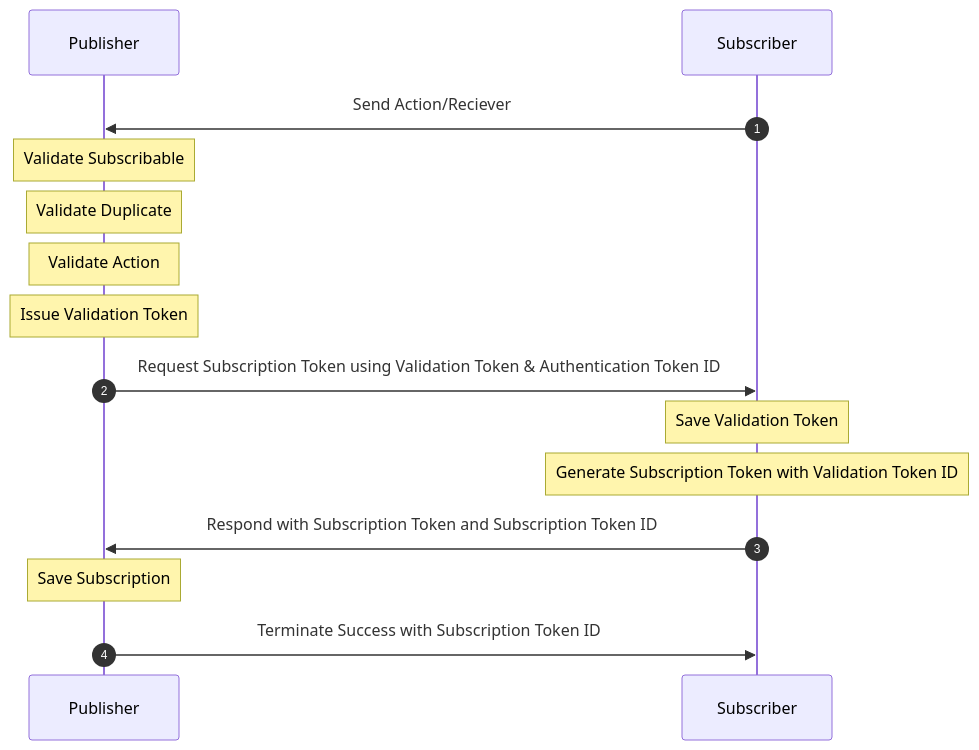
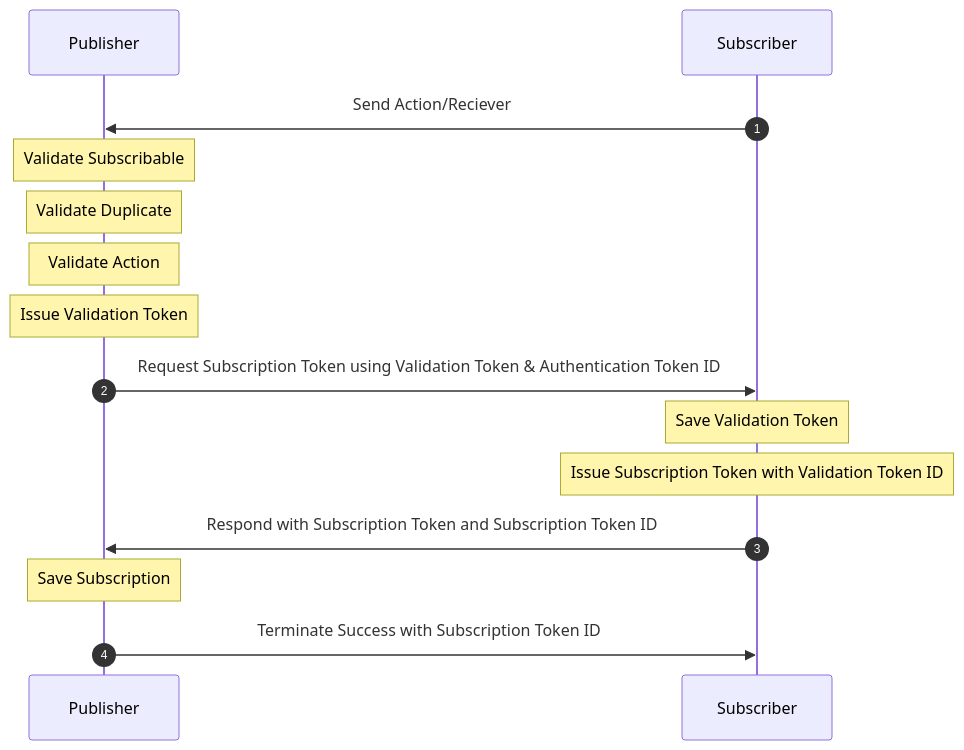
One commit to nathan-fiscaletti/coattail changed the diagram in docs/subscription.md. Above: the diagram before and after it, drawn with Mermaid. The commit also changed 10 other files, not shown here.

````diff
--- a/docs/subscription.md
+++ b/docs/subscription.md
@@ -4,19 +4,19 @@
 ```mermaid
 sequenceDiagram
     autonumber
 
     participant Publisher
     participant Subscriber
 
     Subscriber ->> Publisher: Send Action/Reciever
     Note over Publisher: Validate Subscribable
     Note over Publisher: Validate Duplicate
     Note over Publisher: Validate Action
     Note over Publisher: Issue Validation Token
     Publisher ->> Subscriber: Request Subscription Token using Validation Token & Authentication Token ID
     Note over Subscriber: Save Validation Token
-    Note over Subscriber: Generate Subscription Token with Validation Token ID
+    Note over Subscriber: Issue Subscription Token with Validation Token ID
     Subscriber ->> Publisher: Respond with Subscription Token and Subscription Token ID
     Note over Publisher: Save Subscription
     Publisher ->> Subscriber: Terminate Success with Subscription Token ID
 ```
````
